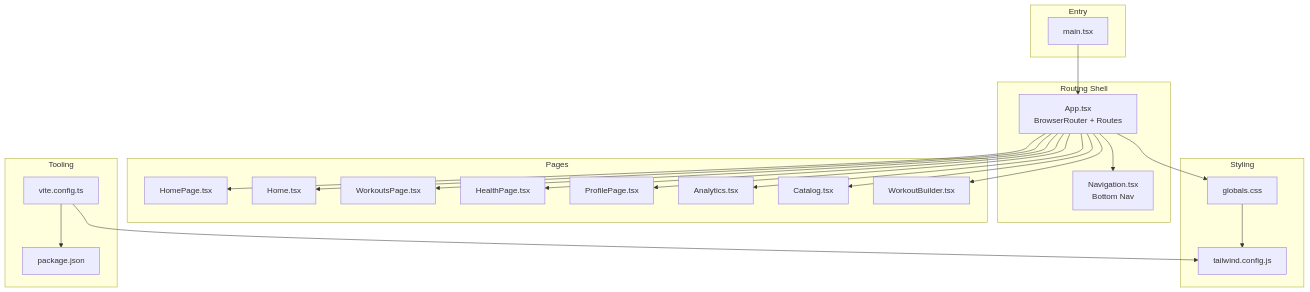
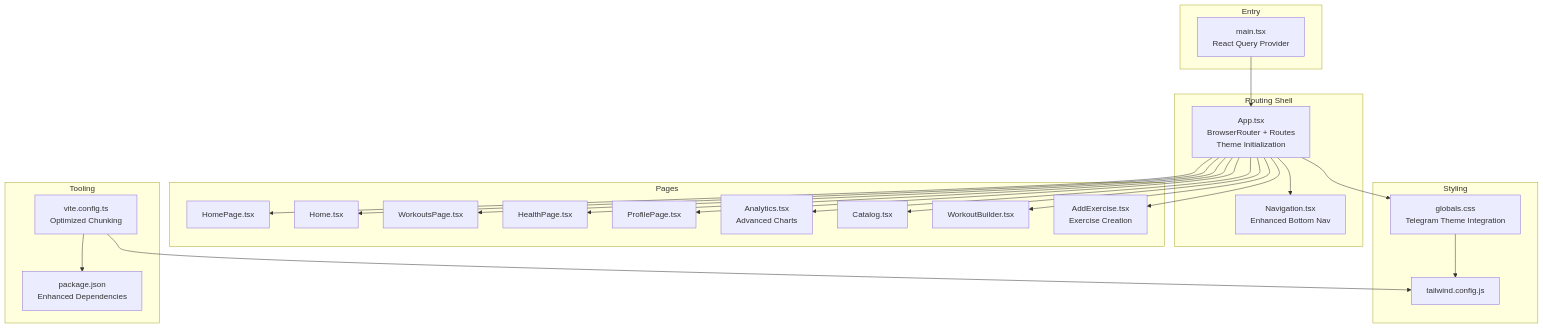
Before and after one commit to nilsnavi/fit_trackerpro: the first of 6 diagrams in .qoder/repowiki/en/content/Frontend Component Architecture/Application Structure & Routing.md, drawn with Mermaid. The commit also changed other lines of this file and 19 other files, not shown here.

````diff
--- a/.qoder/repowiki/en/content/Frontend Component Architecture/Application Structure & Routing.md
+++ b/.qoder/repowiki/en/content/Frontend Component Architecture/Application Structure & Routing.md
@@ -45,42 +54,44 @@
 ```mermaid
 graph TB
 subgraph "Entry"
-M["main.tsx"]
+M["main.tsx<br/>React Query Provider"]
 end
 subgraph "Routing Shell"
-A["App.tsx<br/>BrowserRouter + Routes"]
-N["Navigation.tsx<br/>Bottom Nav"]
+A["App.tsx<br/>BrowserRouter + Routes<br/>Theme Initialization"]
+N["Navigation.tsx<br/>Enhanced Bottom Nav"]
 end
 subgraph "Pages"
 HP["HomePage.tsx"]
 H["Home.tsx"]
 W["WorkoutsPage.tsx"]
 HL["HealthPage.tsx"]
 P["ProfilePage.tsx"]
-AN["Analytics.tsx"]
+AN["Analytics.tsx<br/>Advanced Charts"]
 C["Catalog.tsx"]
 WB["WorkoutBuilder.tsx"]
+AE["AddExercise.tsx<br/>Exercise Creation"]
 end
 subgraph "Styling"
-G["globals.css"]
+G["globals.css<br/>Telegram Theme Integration"]
 T["tailwind.config.js"]
 end
 subgraph "Tooling"
-V["vite.config.ts"]
-PKG["package.json"]
+V["vite.config.ts<br/>Optimized Chunking"]
+PKG["package.json<br/>Enhanced Dependencies"]
 end
 M --> A
 A --> HP
 A --> H
 A --> W
 A --> HL
 A --> P
 A --> AN
 A --> C
 A --> WB
+A --> AE
 A --> N
 A --> G
 G --> T
 V --> T
 V --> PKG
 ```
````
